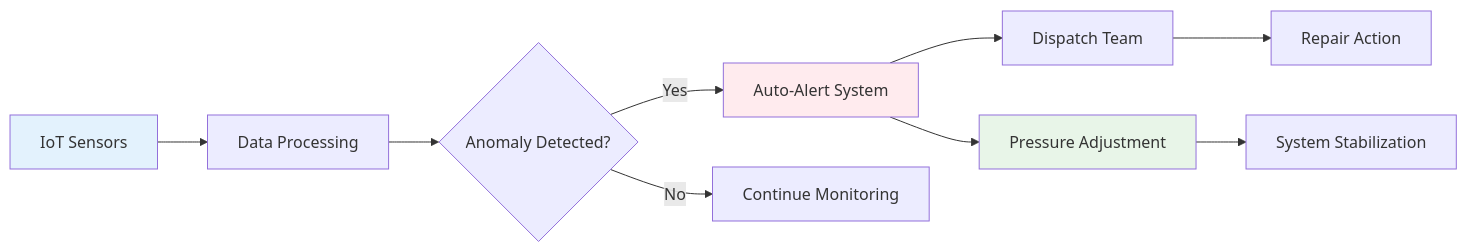
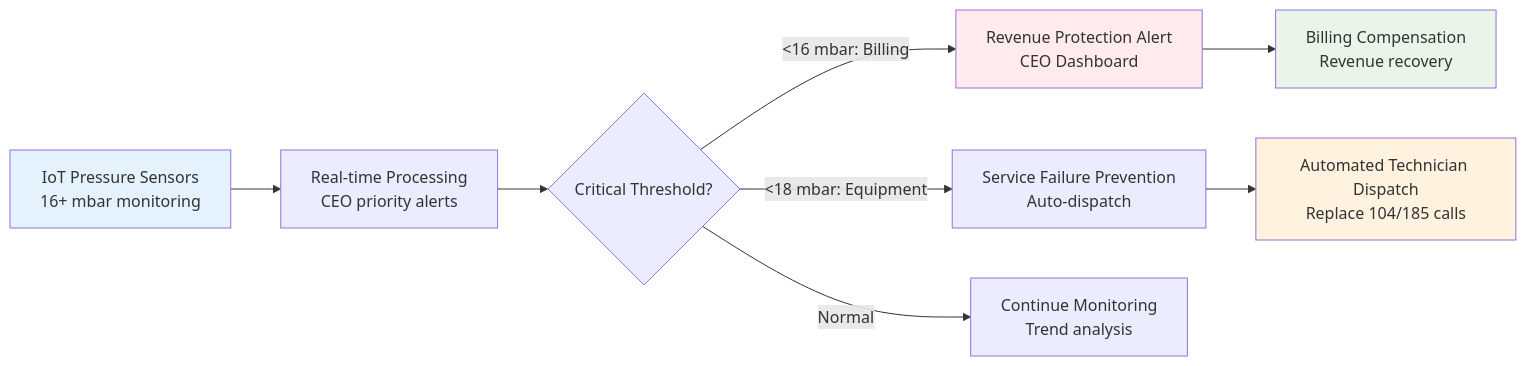
One commit to GameHelix/centipede changed the second of 2 diagrams in problems.md. Above: the diagram before and after it, drawn with Mermaid. The commit also changed other lines of this file and 1 other file, not shown here.

````diff
--- a/problems.md
+++ b/problems.md
@@ -192,15 +301,15 @@
 ```mermaid
 flowchart LR
-    A[IoT Sensors] --> B[Data Processing]
-    B --> C{Anomaly Detected?}
-    C -->|Yes| D[Auto-Alert System]
-    C -->|No| E[Continue Monitoring]
-    D --> F[Dispatch Team]
-    D --> G[Pressure Adjustment]
-    F --> H[Repair Action]
-    G --> I[System Stabilization]
+    A[IoT Pressure Sensors<br/>16+ mbar monitoring] --> B[Real-time Processing<br/>CEO priority alerts]
+    B --> C{Critical Threshold?}
+    C -->|<16 mbar: Billing| D[Revenue Protection Alert<br/>CEO Dashboard]
+    C -->|<18 mbar: Equipment| E[Service Failure Prevention<br/>Auto-dispatch]
+    C -->|Normal| F[Continue Monitoring<br/>Trend analysis]
+    D --> G[Billing Compensation<br/>Revenue recovery]
+    E --> H[Automated Technician Dispatch<br/>Replace 104/185 calls]
     
     style A fill:#e3f2fd
     style D fill:#ffebee
     style G fill:#e8f5e8
+    style H fill:#fff3e0
 ```
````
